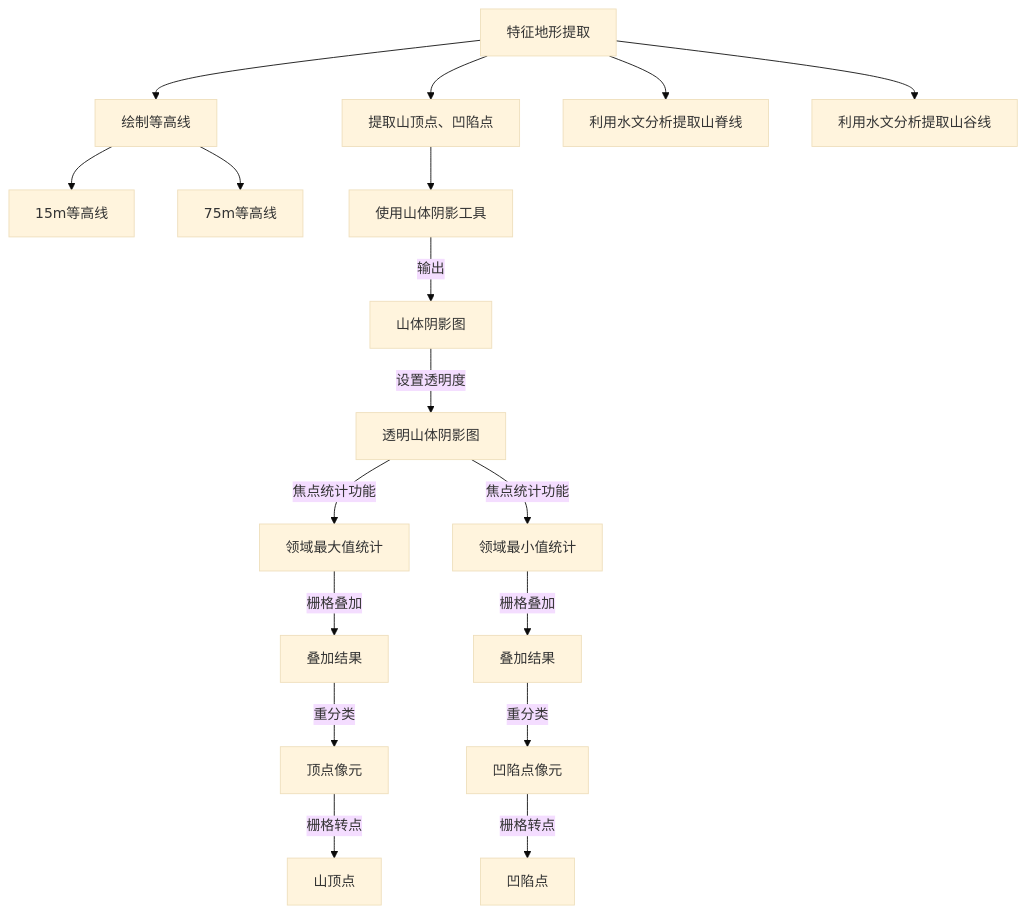
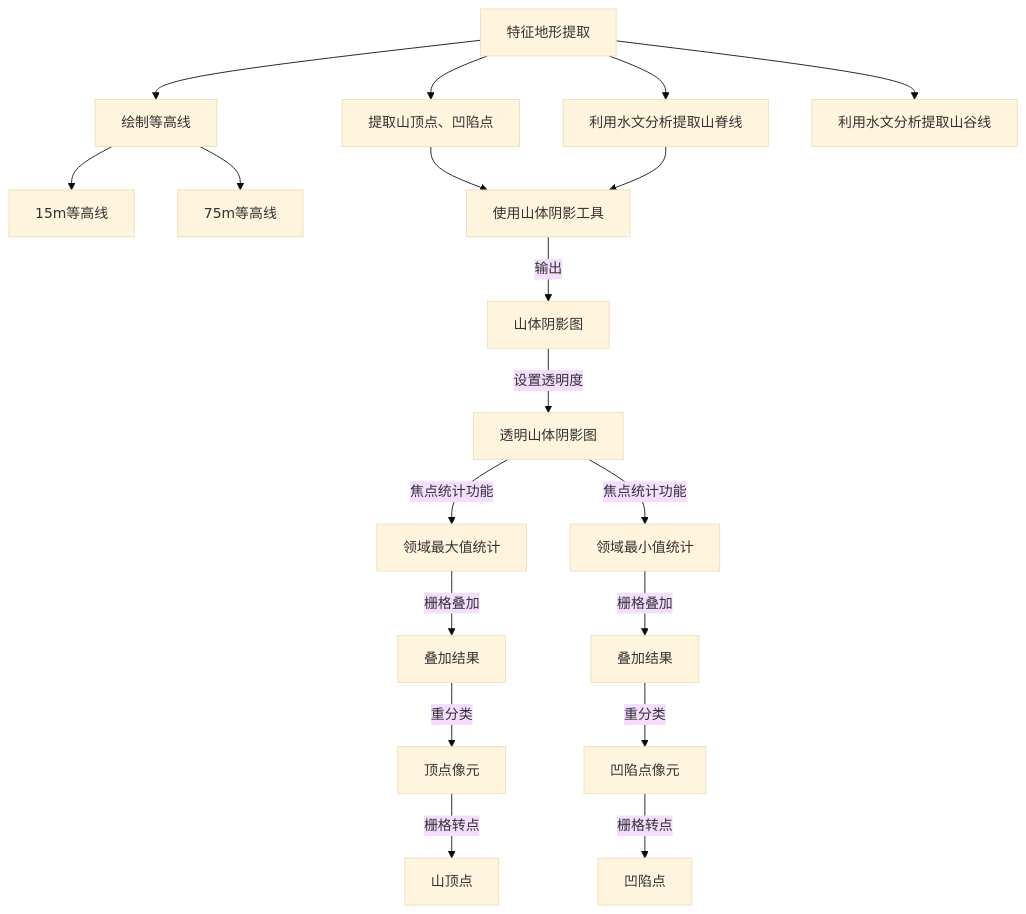
The diagram in all/未命名-2.md (newguser/iodraw-files), drawn with Mermaid (base theme) before and after one commit.

Commit message:
2025-02-28 08:55:22 update

````diff
--- a/all/未命名-2.md
+++ b/all/未命名-2.md
@@ -1,21 +1,21 @@
 ```mermaid
 graph TD
     A[特征地形提取] --> B[绘制等高线]
    A --> C[提取山顶点、凹陷点]
     A --> D[利用水文分析提取山脊线]
     A --> E[利用水文分析提取山谷线]
     B[绘制等高线]--> B1[15m等高线]
     B[绘制等高线]--> B2[75m等高线]
     C[提取山顶点、凹陷点]-->C1[使用山体阴影工具]
-    
+    D[利用水文分析提取山脊线]-->
      C1[使用山体阴影工具] -->|输出| C2[山体阴影图]
         C2 -->|设置透明度| C3[透明山体阴影图]
         C3 -->|焦点统计功能| C4[领域最大值统计]
         C4 -->|栅格叠加| C5[叠加结果]
         C5 -->|重分类| C6[顶点像元]
         C6 -->|栅格转点| C7[山顶点]
         C3 -->|焦点统计功能| C8[领域最小值统计]
         C8 -->|栅格叠加| C9[叠加结果]
         C9 -->|重分类| C10[凹陷点像元]
         C10 -->|栅格转点| C11[凹陷点]
 ```
````
